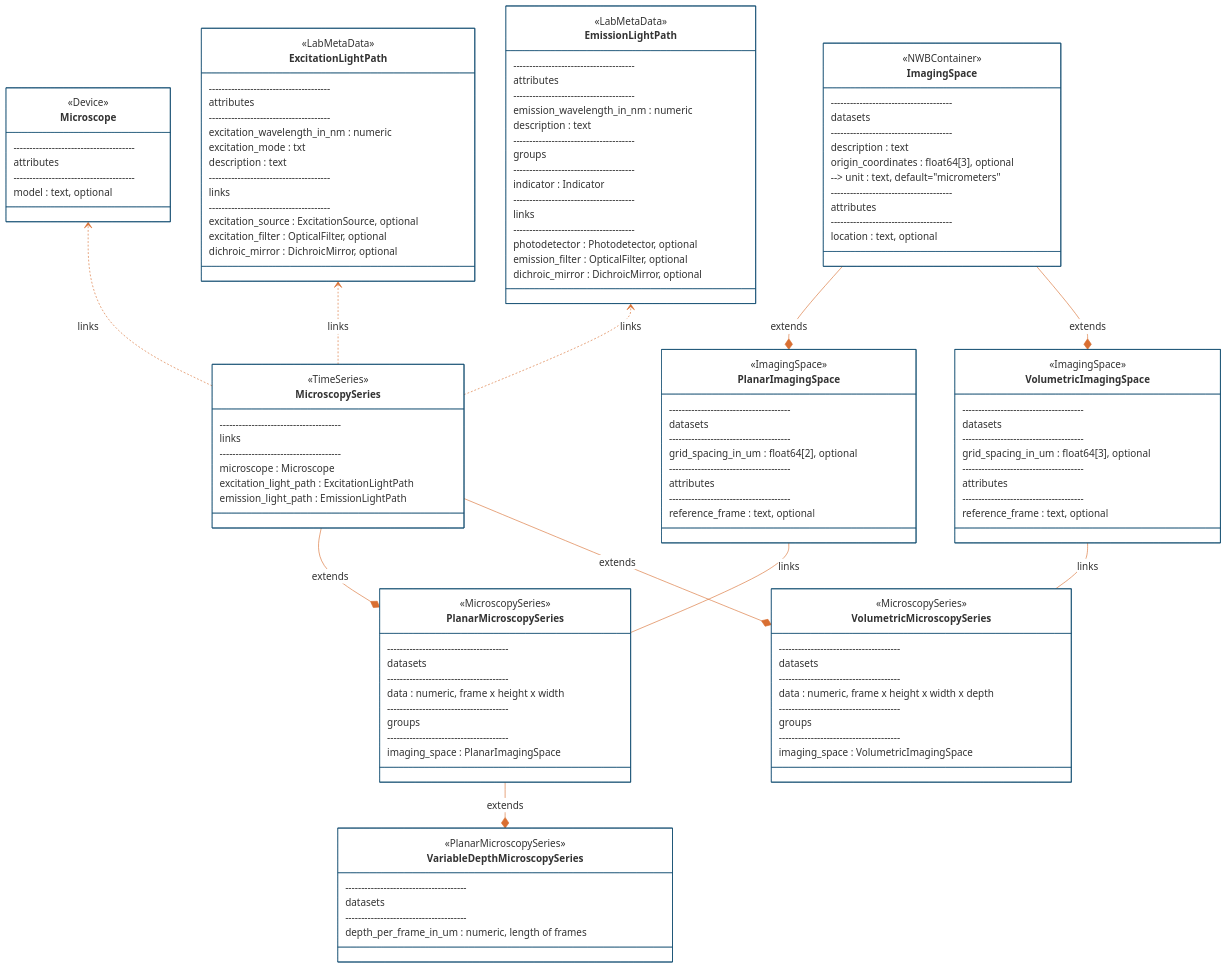
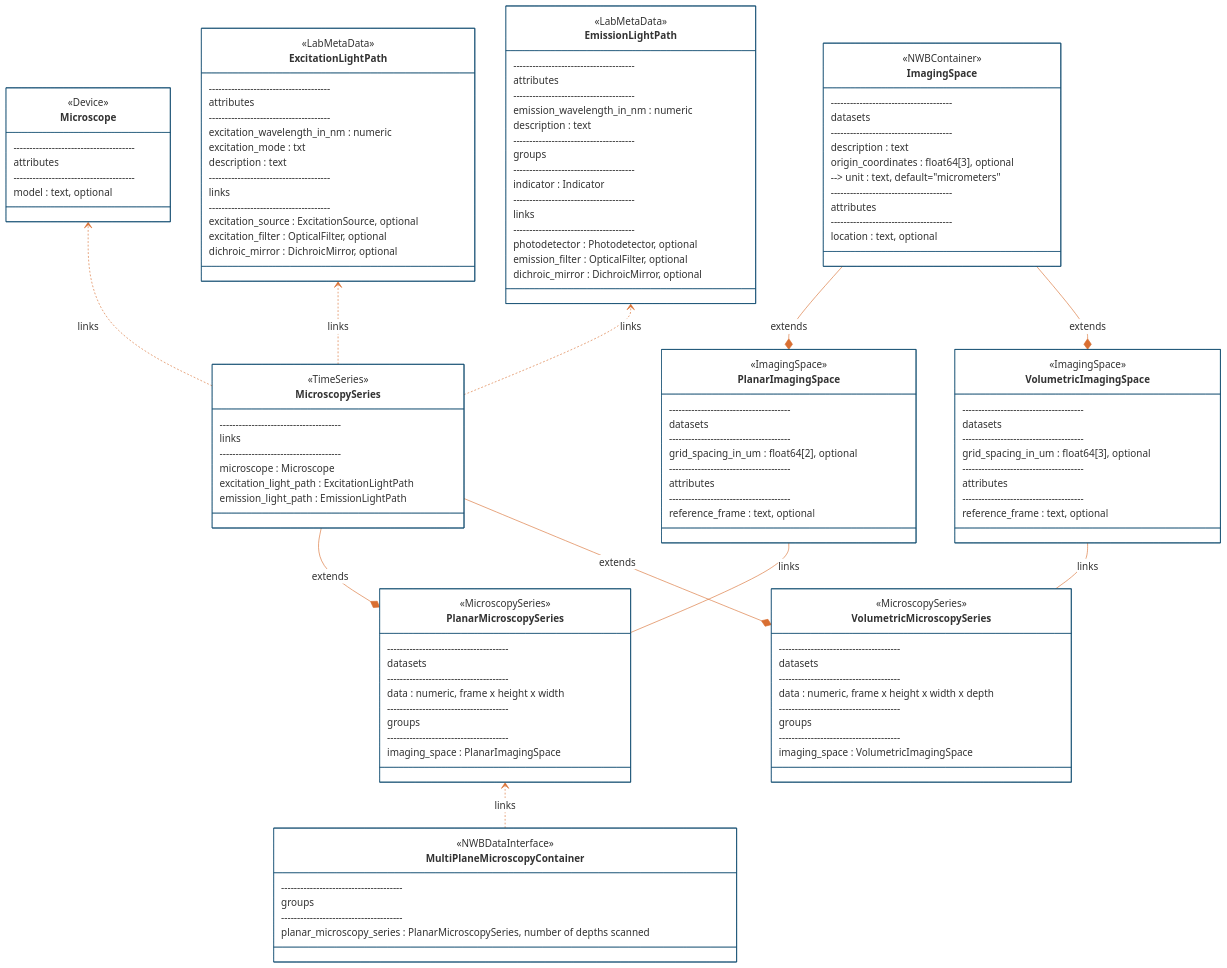
Before and after one commit to catalystneuro/ndx-microscopy: the second of 2 diagrams in README.md, drawn with Mermaid. The commit also changed 6 other files, not shown here.

First line of the commit message:
Replace VariableDepthMicroscopySeries with MultiPlaneMicroscopyContainer (#40)

```diff
--- a/README.md
+++ b/README.md
@@ -192,12 +192,12 @@
         imaging_space : PlanarImagingSpace
     }
 
-    class VariableDepthMicroscopySeries {
-        <<PlanarMicroscopySeries>>
+    class MultiPlaneMicroscopyContainer {
+        <<NWBDataInterface>>
         --------------------------------------
-        datasets
+        groups
         --------------------------------------
-        depth_per_frame_in_um : numeric, length of frames
+        planar_microscopy_series : PlanarMicroscopySeries, number of depths scanned
     }
 
     class VolumetricMicroscopySeries {
@@ -295,7 +295,7 @@
 
     PlanarMicroscopySeries *-- MicroscopySeries : extends
     PlanarMicroscopySeries -- PlanarImagingSpace : links
-    VariableDepthMicroscopySeries *-- PlanarMicroscopySeries : extends
+    MultiPlaneMicroscopyContainer ..> PlanarMicroscopySeries : links
     VolumetricMicroscopySeries *-- MicroscopySeries : extends
     VolumetricMicroscopySeries -- VolumetricImagingSpace : links
     PlanarImagingSpace *-- ImagingSpace : extends
```
